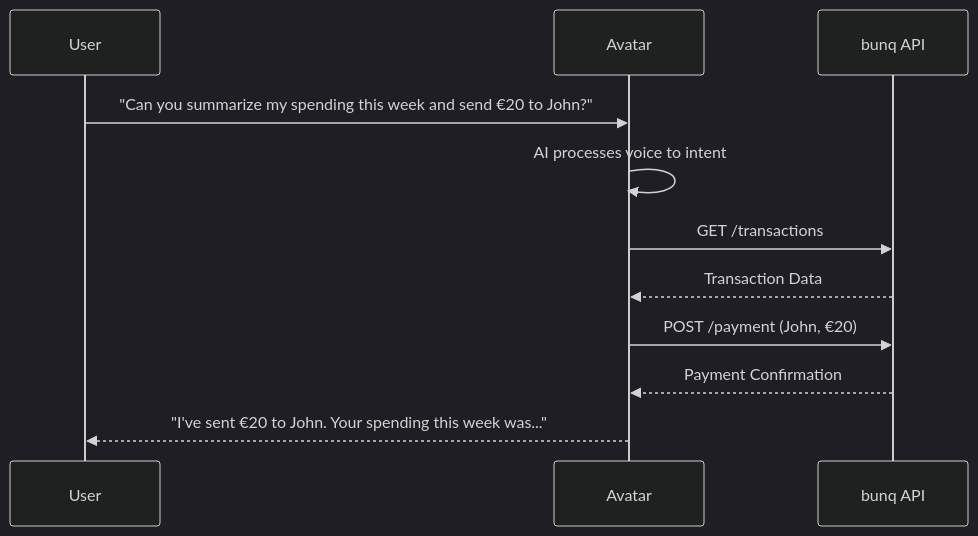
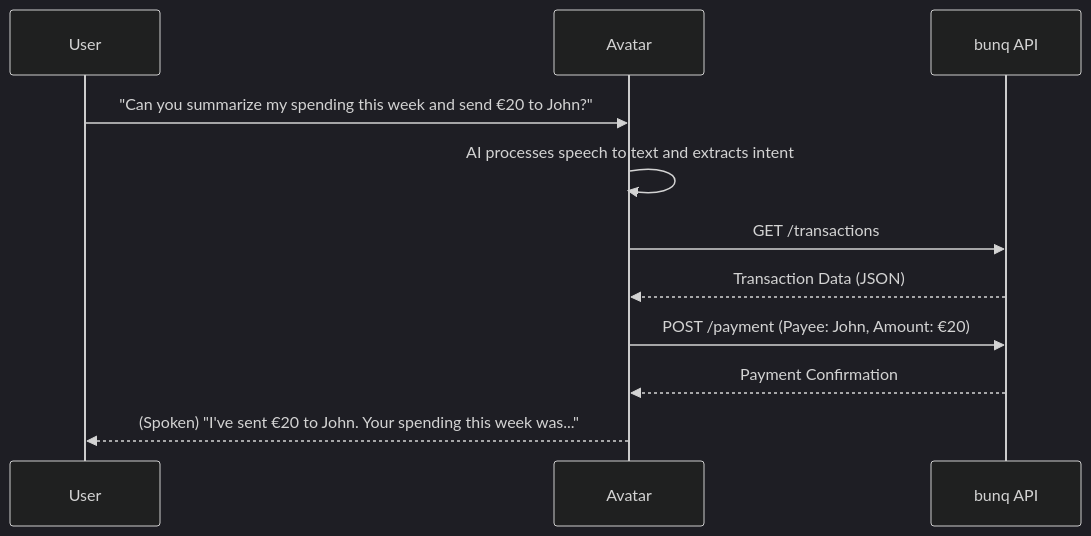
One commit to KunalNar/Bunq_Hackathon changed the second of 4 diagrams in README.md. Above: the diagram before and after it, drawn with Mermaid (dark theme). The commit also changed other lines of this file, not shown here.

Commit message:
docs: rename project to GuardianAI and expand feature roadmap and architecture documentation

````diff
--- a/README.md
+++ b/README.md
@@ -51,14 +81,14 @@
 ```mermaid
 sequenceDiagram
     participant User
     participant Avatar
     participant bunq API
     
     User->>Avatar: "Can you summarize my spending this week and send €20 to John?"
-    Avatar->>Avatar: AI processes voice to intent
+    Avatar->>Avatar: AI processes speech to text and extracts intent
     Avatar->>bunq API: GET /transactions
-    bunq API-->>Avatar: Transaction Data
-    Avatar->>bunq API: POST /payment (John, €20)
+    bunq API-->>Avatar: Transaction Data (JSON)
+    Avatar->>bunq API: POST /payment (Payee: John, Amount: €20)
     bunq API-->>Avatar: Payment Confirmation
-    Avatar-->>User: "I've sent €20 to John. Your spending this week was..."
+    Avatar-->>User: (Spoken) "I've sent €20 to John. Your spending this week was..."
 ```
````
